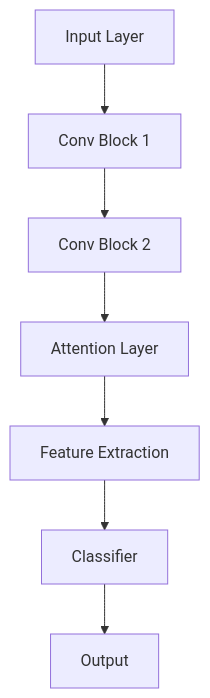
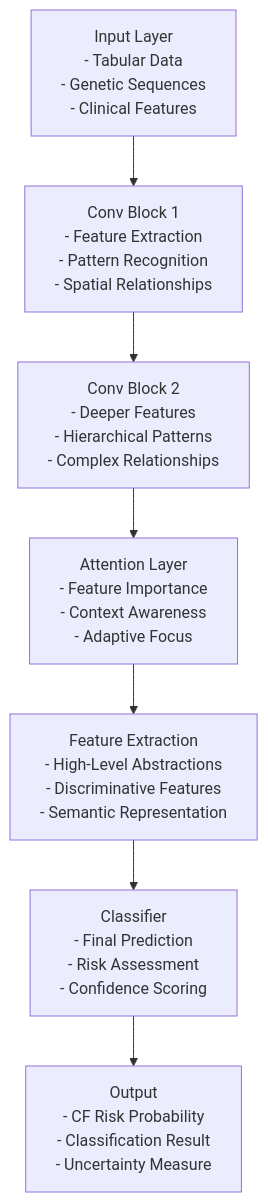
One commit to prathameshatkare/Final_Cystic_fibrosis_project changed the ninth of 17 diagrams in DIAGRAMS.md. Above: the diagram before and after it, drawn with Mermaid. The commit also changed other lines of this file, not shown here.

Commit message:
diagrams

````diff
--- a/DIAGRAMS.md
+++ b/DIAGRAMS.md
@@ -131,9 +169,9 @@
 ```mermaid
 graph TB
-    A[Input Layer] --> B[Conv Block 1]
-    B --> C[Conv Block 2]
-    C --> D[Attention Layer]
-    D --> E[Feature Extraction]
-    E --> F[Classifier]
-    F --> G[Output]
+    A[Input Layer<br/>- Tabular Data<br/>- Genetic Sequences<br/>- Clinical Features] --> B[Conv Block 1<br/>- Feature Extraction<br/>- Pattern Recognition<br/>- Spatial Relationships]
+    B --> C[Conv Block 2<br/>- Deeper Features<br/>- Hierarchical Patterns<br/>- Complex Relationships]
+    C --> D[Attention Layer<br/>- Feature Importance<br/>- Context Awareness<br/>- Adaptive Focus]
+    D --> E[Feature Extraction<br/>- High-Level Abstractions<br/>- Discriminative Features<br/>- Semantic Representation]
+    E --> F[Classifier<br/>- Final Prediction<br/>- Risk Assessment<br/>- Confidence Scoring]
+    F --> G[Output<br/>- CF Risk Probability<br/>- Classification Result<br/>- Uncertainty Measure]
 ```
````
